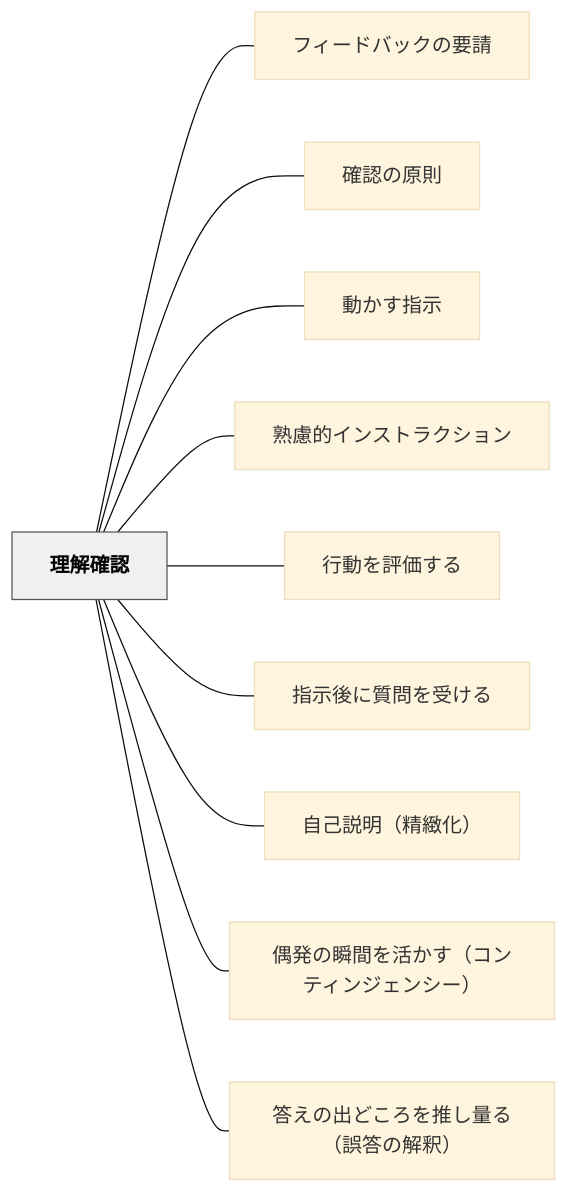
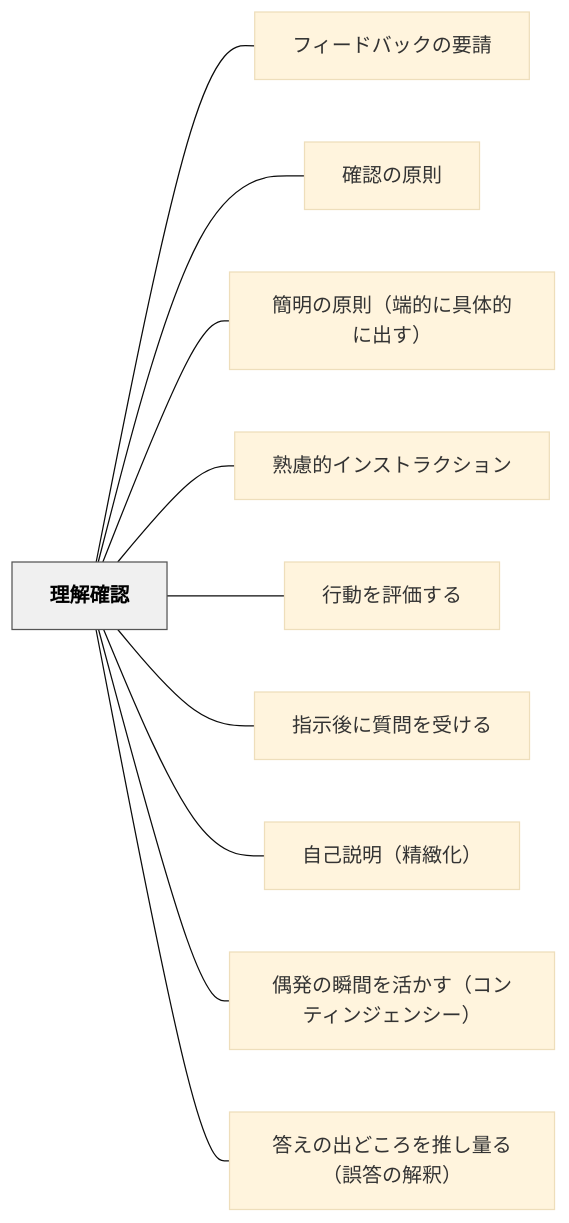
One commit to unknownthings-ed-patterns/unknownthings-ed-patterns changed the diagram in content/パタン/理解確認.md. Above: the diagram before and after it, drawn with Mermaid (base theme). The commit also changed other lines of this file and 41 other files, not shown here.

````diff
--- a/content/パタン/理解確認.md
+++ b/content/パタン/理解確認.md
@@ -83,26 +85,26 @@
 ```mermaid
 flowchart LR
     ne79086e8a7a3e7a2bae8aa8d["理解確認"]
     ne38395e382a3e383bce38389e38390e38383e382afe381aee8a681e8ab8b["フィードバックの要請"]
     ne7a2bae8aa8de381aee58e9fe58987["確認の原則"]
-    ne58b95e3818be38199e68c87e7a4ba["動かす指示"]
+    ne7b0a1e6988ee381aee58e9fe58987efbc88e7abafe79a84e381abe585b7e4bd93e79a84e381abe587bae38199efbc89["簡明の原則（端的に具体的に出す）"]
     ne7869fe685aee79a84e382a4e383b3e382b9e38388e383a9e382afe382b7e383a7e383b3["熟慮的インストラクション"]
     ne8a18ce58b95e38292e8a995e4bea1e38199e3828b["行動を評価する"]
     ne68c87e7a4bae5be8ce381abe8b3aae5958fe38292e58f97e38191e3828b["指示後に質問を受ける"]
     ne887aae5b7b1e8aaace6988eefbc88e7b2bee7b7bbe58c96efbc89["自己説明（精緻化）"]
     ne581b6e799bae381aee79eace99693e38292e6b4bbe3818be38199efbc88e382b3e383b3e38386e382a3e383b3e382b8e382a7e383b3e382b7e383bcefbc89["偶発の瞬間を活かす（コンティンジェンシー）"]
     ne7ad94e38188e381aee587bae381a9e38193e3828de38292e68ea8e38197e9878fe3828befbc88e8aaa4e7ad94e381aee8a7a3e98788efbc89["答えの出どころを推し量る（誤答の解釈）"]
 
     ne79086e8a7a3e7a2bae8aa8d --- ne38395e382a3e383bce38389e38390e38383e382afe381aee8a681e8ab8b
     ne79086e8a7a3e7a2bae8aa8d --- ne7a2bae8aa8de381aee58e9fe58987
-    ne79086e8a7a3e7a2bae8aa8d --- ne58b95e3818be38199e68c87e7a4ba
+    ne79086e8a7a3e7a2bae8aa8d --- ne7b0a1e6988ee381aee58e9fe58987efbc88e7abafe79a84e381abe585b7e4bd93e79a84e381abe587bae38199efbc89
     ne79086e8a7a3e7a2bae8aa8d --- ne7869fe685aee79a84e382a4e383b3e382b9e38388e383a9e382afe382b7e383a7e383b3
     ne79086e8a7a3e7a2bae8aa8d --- ne8a18ce58b95e38292e8a995e4bea1e38199e3828b
     ne79086e8a7a3e7a2bae8aa8d --- ne68c87e7a4bae5be8ce381abe8b3aae5958fe38292e58f97e38191e3828b
     ne79086e8a7a3e7a2bae8aa8d --- ne887aae5b7b1e8aaace6988eefbc88e7b2bee7b7bbe58c96efbc89
     ne79086e8a7a3e7a2bae8aa8d --- ne581b6e799bae381aee79eace99693e38292e6b4bbe3818be38199efbc88e382b3e383b3e38386e382a3e383b3e382b8e382a7e383b3e382b7e383bcefbc89
     ne79086e8a7a3e7a2bae8aa8d --- ne7ad94e38188e381aee587bae381a9e38193e3828de38292e68ea8e38197e9878fe3828befbc88e8aaa4e7ad94e381aee8a7a3e98788efbc89
 
     classDef hub fill:#f0f0f0,stroke:#555,color:#000,font-weight:bold
     class ne79086e8a7a3e7a2bae8aa8d hub
 ```
````
